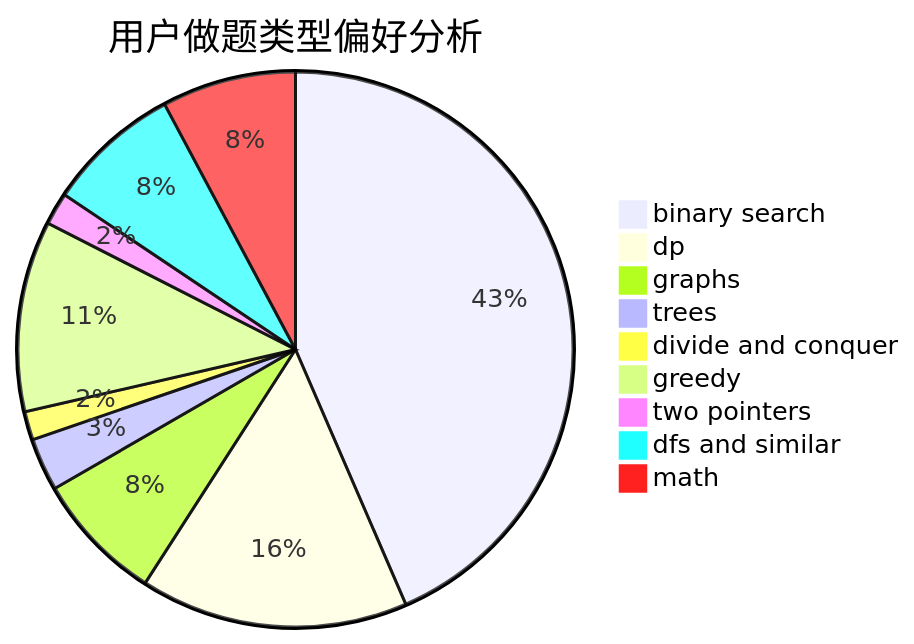
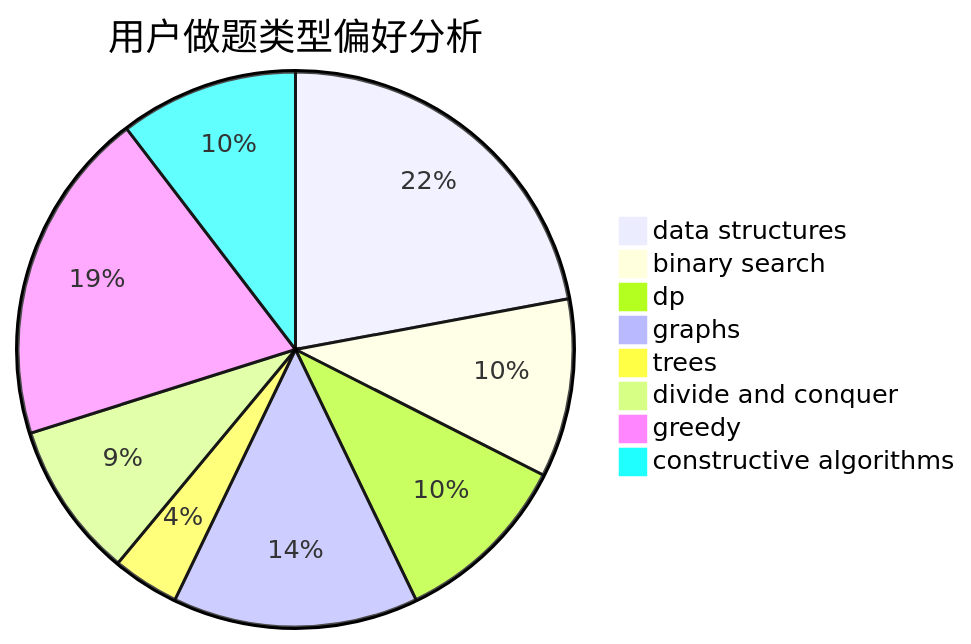
Before and after one commit to sherpahu/cfrs.github.io: the second of 3 diagrams in docs/user/u332.md, drawn with Mermaid. The commit also changed other lines of this file and 2775 other files, not shown here.

````diff
--- a/docs/user/u332.md
+++ b/docs/user/u332.md
@@ -23,12 +23,11 @@
 ```mermaid
 pie title 用户做题类型偏好分析
-    "binary search" :  184
-    "dp" :  66
-    "graphs" :  32
-    "trees" :  13
+    "data structures" :  17
+    "binary search" :  8
+    "dp" :  8
+    "graphs" :  11
+    "trees" :  3
     "divide and conquer" :  7
-    "greedy" :  47
-    "two pointers" :  8
-    "dfs and similar" :  33
-    "math" :  33
+    "greedy" :  15
+    "constructive algorithms" :  8
 ```
````
